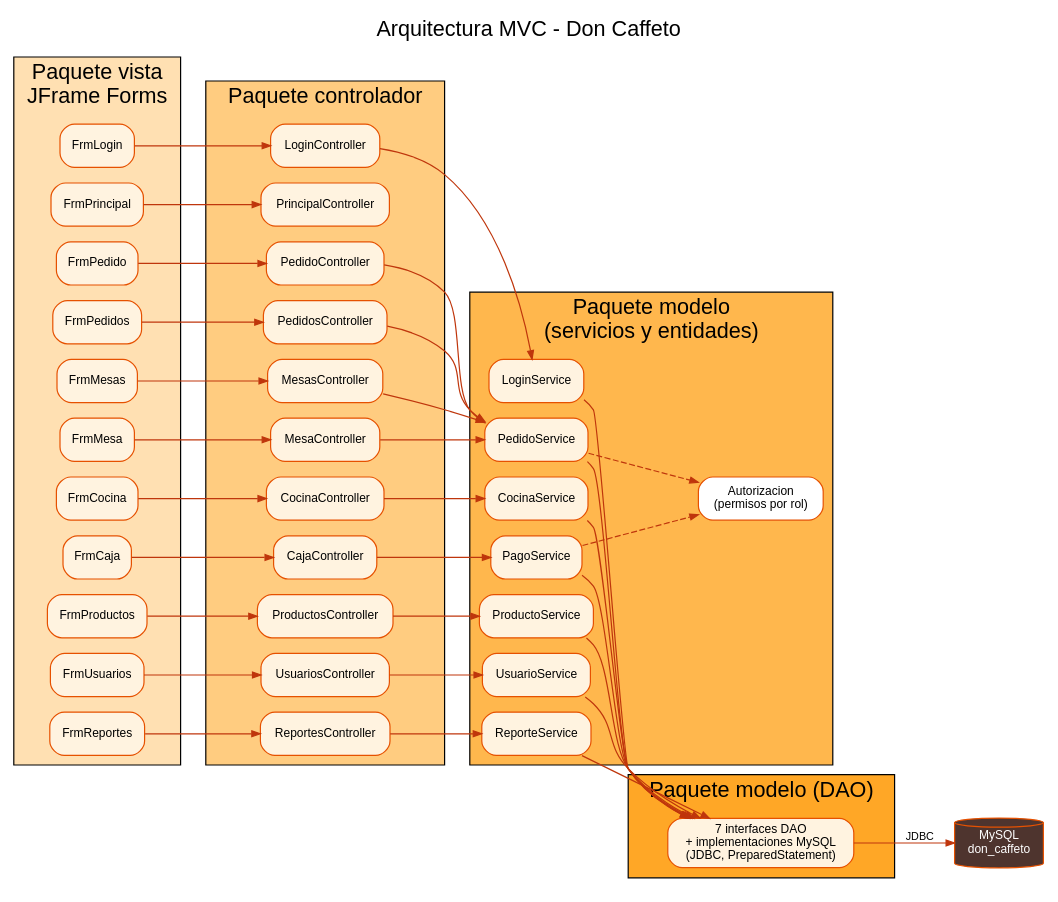
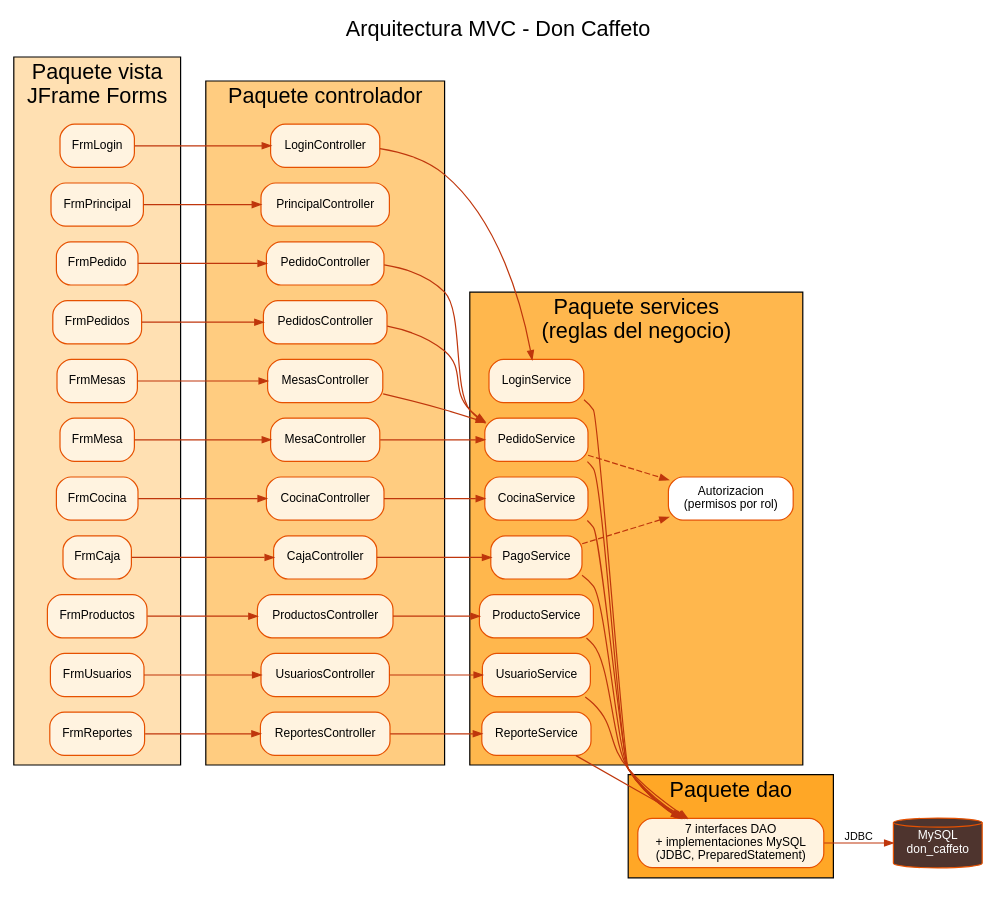
Before and after one commit to tonylee-ops/don-caffeto-apf3: the diagram in docs/diagramas/mvc.dot, drawn with Graphviz. The commit also changed 195 other files, not shown here.

First line of the commit message:
Paquetes dao y services separados de modelo

```diff
--- a/docs/diagramas/mvc.dot
+++ b/docs/diagramas/mvc.dot
@@ -1,23 +1,23 @@
 digraph MVC {
   rankdir=LR; fontname="Helvetica"; label="Arquitectura MVC - Don Caffeto"; labelloc=t; fontsize=18; nodesep=0.18;
   node [shape=box, style="rounded,filled", fontname="Helvetica", fontsize=10, fillcolor="#FFF3E0", color="#E65100"];
   edge [color="#BF360C", fontname="Helvetica", fontsize=9, arrowsize=0.7];
   subgraph cluster_v { label="Paquete vista\nJFrame Forms"; style=filled; fillcolor="#FFE0B2";
     FrmLogin; FrmPrincipal; FrmMesas; FrmMesa; FrmPedido; FrmPedidos; FrmCocina; FrmCaja; FrmProductos; FrmUsuarios; FrmReportes; }
   subgraph cluster_c { label="Paquete controlador"; style=filled; fillcolor="#FFCC80";
     LoginController; PrincipalController; MesasController; MesaController; PedidoController; PedidosController; CocinaController; CajaController;
     ProductosController; UsuariosController; ReportesController; }
-  subgraph cluster_m { label="Paquete modelo\n(servicios y entidades)"; style=filled; fillcolor="#FFB74D";
+  subgraph cluster_m { label="Paquete services\n(reglas del negocio)"; style=filled; fillcolor="#FFB74D";
     Autorizacion [label="Autorizacion\n(permisos por rol)", fillcolor="#FFFFFF"];
     LoginService; PedidoService; CocinaService; PagoService; ProductoService; UsuarioService; ReporteService; }
-  subgraph cluster_d { label="Paquete modelo (DAO)"; style=filled; fillcolor="#FFA726";
+  subgraph cluster_d { label="Paquete dao"; style=filled; fillcolor="#FFA726";
     DAO [label="7 interfaces DAO\n+ implementaciones MySQL\n(JDBC, PreparedStatement)"]; }
   BD [shape=cylinder, fillcolor="#4E342E", fontcolor=white, label="MySQL\ndon_caffeto"];
   FrmLogin -> LoginController; FrmPrincipal -> PrincipalController; FrmMesas -> MesasController; FrmMesa -> MesaController; FrmPedido -> PedidoController; FrmPedidos -> PedidosController;
   FrmCocina -> CocinaController; FrmCaja -> CajaController; FrmProductos -> ProductosController; FrmUsuarios -> UsuariosController; FrmReportes -> ReportesController;
   LoginController -> LoginService; MesasController -> PedidoService; MesaController -> PedidoService; PedidoController -> PedidoService; PedidosController -> PedidoService; CocinaController -> CocinaService;
   CajaController -> PagoService; ProductosController -> ProductoService; UsuariosController -> UsuarioService; ReportesController -> ReporteService;
   PedidoService -> Autorizacion [style=dashed]; PagoService -> Autorizacion [style=dashed];
   LoginService -> DAO; PedidoService -> DAO; CocinaService -> DAO; PagoService -> DAO; ProductoService -> DAO; UsuarioService -> DAO; ReporteService -> DAO;
   DAO -> BD [label="JDBC"];
 }
```
